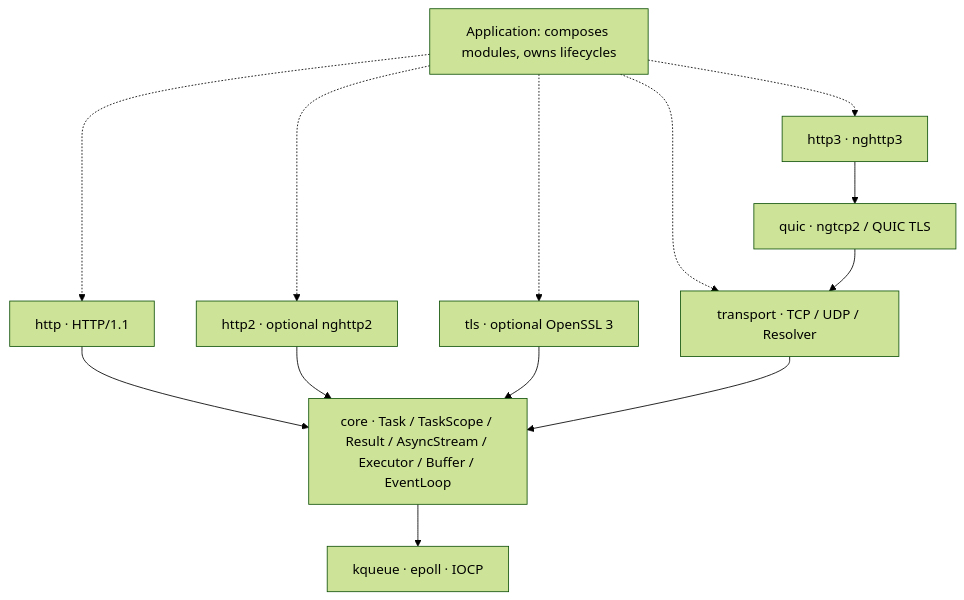
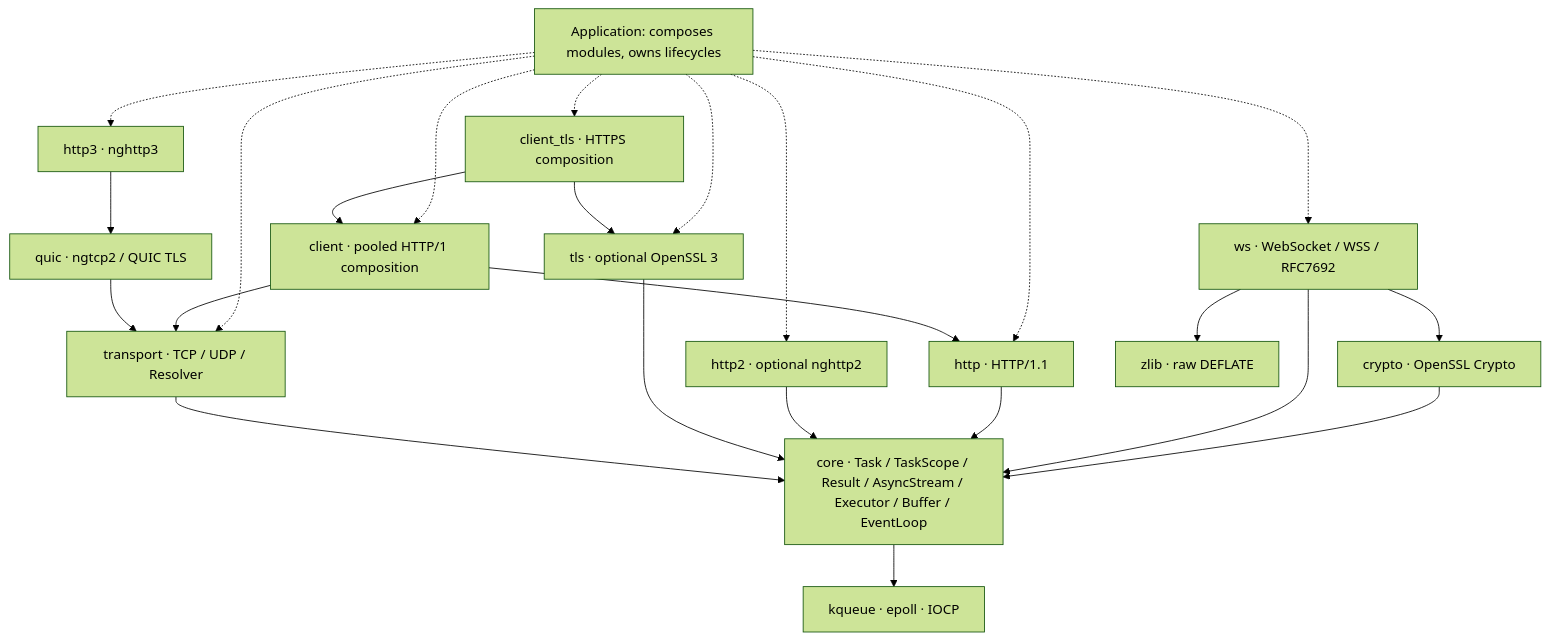
Before and after one commit to dqsjqian/Mira: the diagram in README.en.md, drawn with Mermaid (forest theme). The commit also changed other lines of this file and 84 other files, not shown here.

````diff
--- a/README.en.md
+++ b/README.en.md
@@ -78,16 +80,27 @@
 ```mermaid
 flowchart TB
     App[Application: composes modules, owns lifecycles]
     App -.-> HTTP[http · HTTP/1.1]
     App -.-> TLS[tls · optional OpenSSL 3]
     App -.-> TCP[transport · TCP / UDP / Resolver]
     App -.-> H2[http2 · optional nghttp2]
     App -.-> H3[http3 · nghttp3]
+    App -.-> WS[ws · WebSocket / WSS / RFC7692]
+    App -.-> Client[client · pooled HTTP/1 composition]
+    App -.-> ClientTLS[client_tls · HTTPS composition]
+    Client --> HTTP
+    Client --> TCP
+    ClientTLS --> Client
+    ClientTLS --> TLS
+    WS --> Crypto[crypto · OpenSSL Crypto]
+    WS --> Zlib[zlib · raw DEFLATE]
+    Crypto --> Core
+    WS --> Core
     HTTP --> Core[core · Task / TaskScope / Result / AsyncStream / Executor / Buffer / EventLoop]
     H2 --> Core
     H3 --> QUIC[quic · ngtcp2 / QUIC TLS]
     QUIC --> TCP
     TLS --> Core
     TCP --> Core
     Core --> Backends[kqueue · epoll · IOCP]
 ```
````
